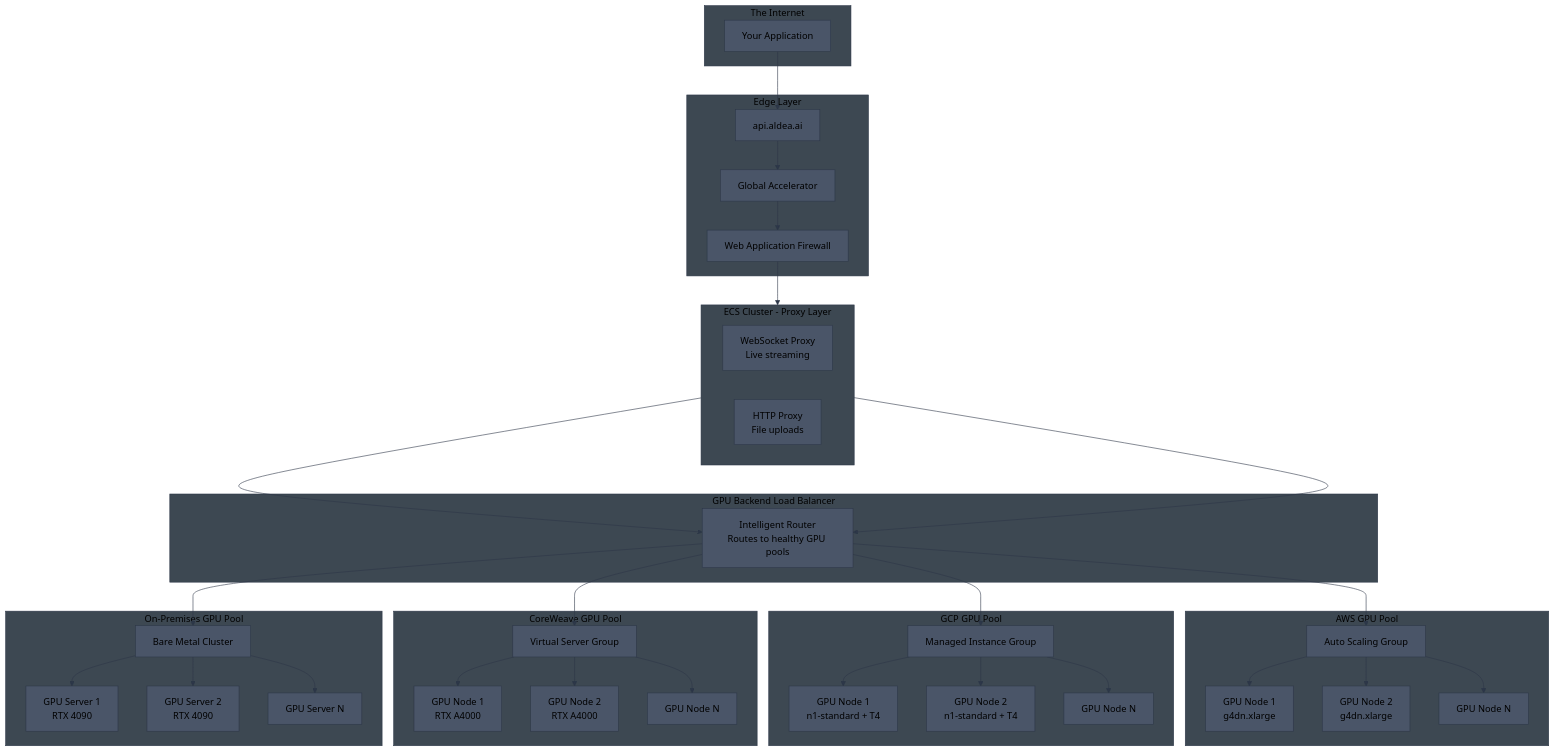
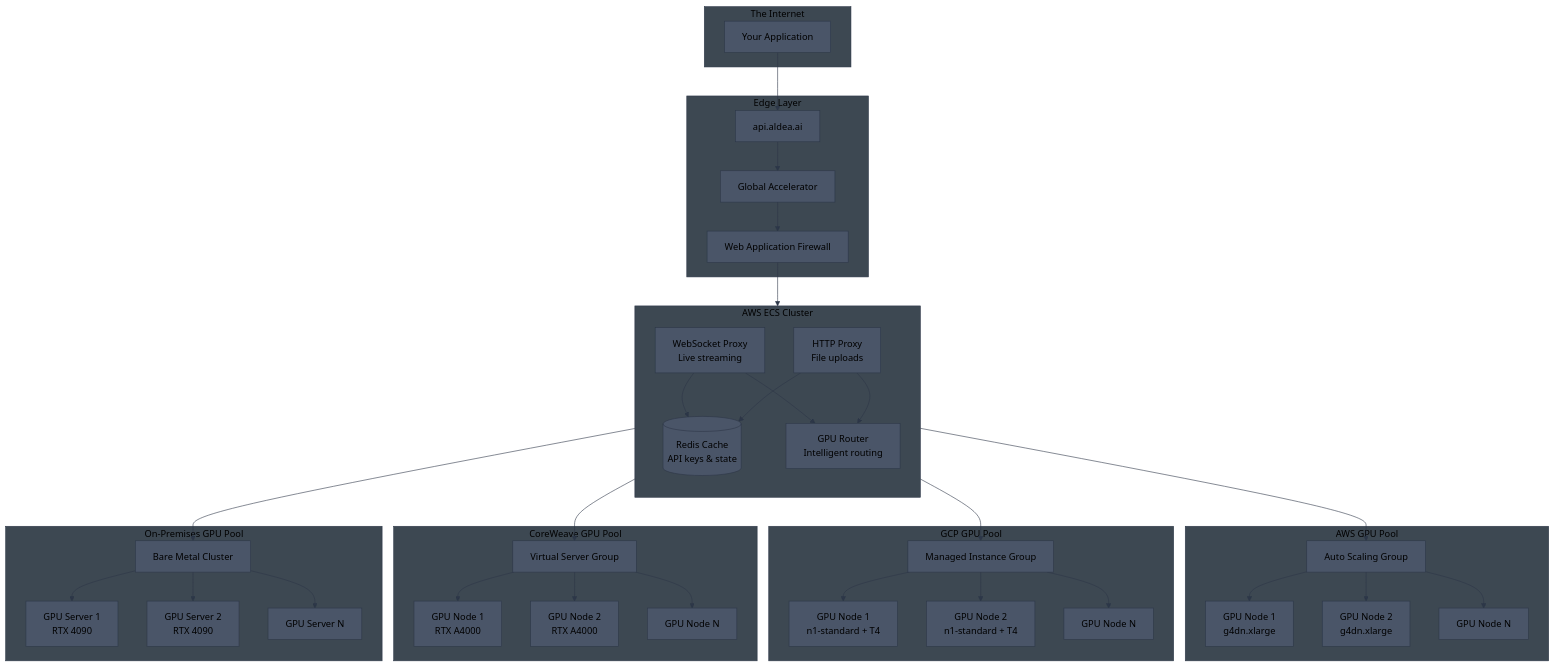
The first of 10 diagrams in diagrams/multi-cloud-gpu-architecture.md (aldea-ai/infrastructure-docs), drawn with Mermaid before and after one commit. The commit also changed other lines of this file, not shown here.

Commit message:
Move GPU router into ECS cluster with other services

````diff
--- a/diagrams/multi-cloud-gpu-architecture.md
+++ b/diagrams/multi-cloud-gpu-architecture.md
@@ -11,59 +11,58 @@
 ```mermaid
 %%{init: {'theme': 'base', 'themeVariables': { 'primaryColor': '#4a5568', 'primaryTextColor': '#000', 'primaryBorderColor': '#2d3748', 'lineColor': '#2d3748', 'secondaryColor': '#5a6577', 'tertiaryColor': '#6b7280', 'clusterBkg': '#3d4852', 'clusterBorder': '#2d3748', 'titleColor': '#000'}}}%%
 flowchart TB
     subgraph Internet["The Internet"]
         USER[Your Application]
     end
 
     subgraph Edge["Edge Layer"]
         DNS[api.aldea.ai]
         GA[Global Accelerator]
         WAF[Web Application Firewall]
     end
 
-    subgraph ECS["ECS Cluster - Proxy Layer"]
-        direction LR
+    subgraph ECS["AWS ECS Cluster"]
+        direction TB
         WS[WebSocket Proxy<br/>Live streaming]
         HTTP[HTTP Proxy<br/>File uploads]
-    end
-
-    subgraph LB["GPU Backend Load Balancer"]
-        GLB[Intelligent Router<br/>Routes to healthy GPU pools]
+        ROUTER[GPU Router<br/>Intelligent routing]
+        REDIS[(Redis Cache<br/>API keys & state)]
     end
 
     subgraph AWS_GPU["AWS GPU Pool"]
         AWS_ASG[Auto Scaling Group]
         AWS_1[GPU Node 1<br/>g4dn.xlarge]
         AWS_2[GPU Node 2<br/>g4dn.xlarge]
         AWS_N[GPU Node N]
     end
 
     subgraph GCP_GPU["GCP GPU Pool"]
         GCP_ASG[Managed Instance Group]
         GCP_1[GPU Node 1<br/>n1-standard + T4]
         GCP_2[GPU Node 2<br/>n1-standard + T4]
         GCP_N[GPU Node N]
     end
 
     subgraph CW_GPU["CoreWeave GPU Pool"]
         CW_ASG[Virtual Server Group]
         CW_1[GPU Node 1<br/>RTX A4000]
         CW_2[GPU Node 2<br/>RTX A4000]
         CW_N[GPU Node N]
     end
 
     subgraph ONPREM_GPU["On-Premises GPU Pool"]
         OP_ASG[Bare Metal Cluster]
         OP_1[GPU Server 1<br/>RTX 4090]
         OP_2[GPU Server 2<br/>RTX 4090]
         OP_N[GPU Server N]
     end
 
     USER --> DNS --> GA --> WAF --> ECS
-    WS & HTTP --> GLB
-    GLB --> AWS_ASG & GCP_ASG & CW_ASG & OP_ASG
+    WS & HTTP --> REDIS
+    WS & HTTP --> ROUTER
+    ROUTER --> AWS_ASG & GCP_ASG & CW_ASG & OP_ASG
     AWS_ASG --> AWS_1 & AWS_2 & AWS_N
     GCP_ASG --> GCP_1 & GCP_2 & GCP_N
     CW_ASG --> CW_1 & CW_2 & CW_N
     OP_ASG --> OP_1 & OP_2 & OP_N
 ```
````
